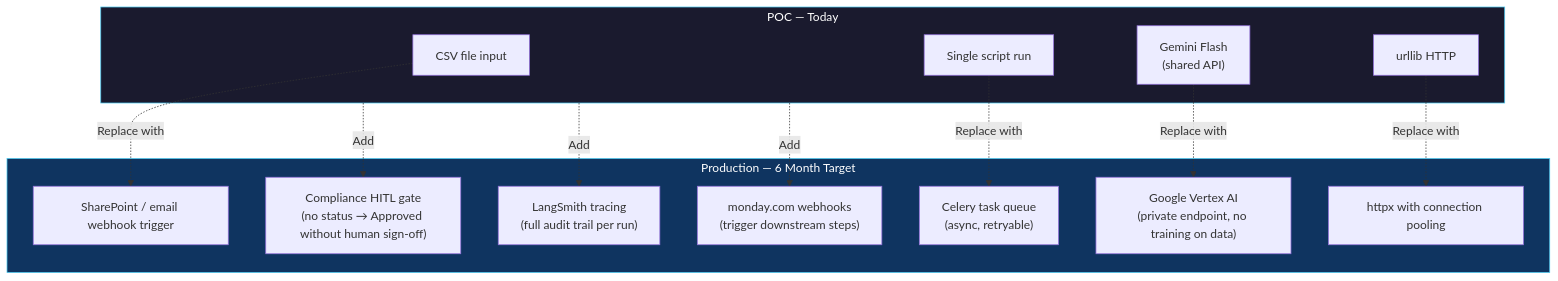
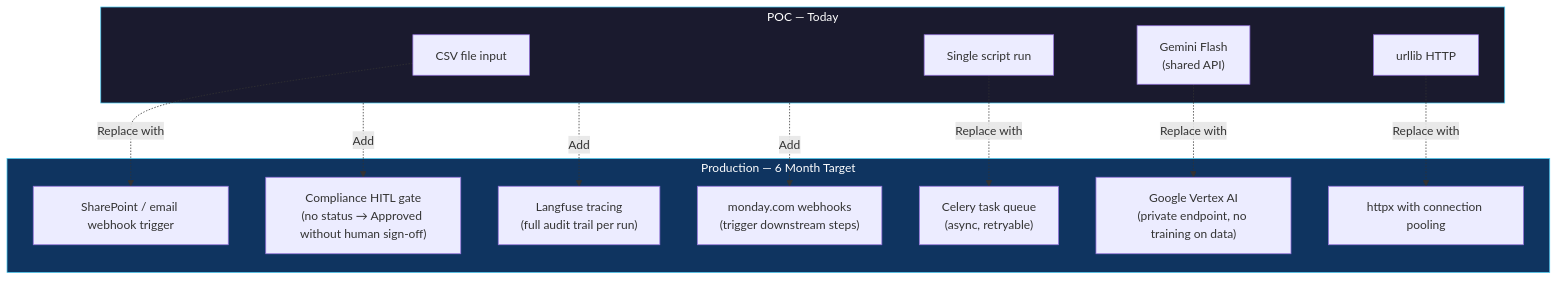
Before and after one commit to harisonw/monday: the sixth of 6 diagrams in walkthrough.md, drawn with Mermaid. The commit also changed other lines of this file and 6 other files, not shown here.

````diff
--- a/walkthrough.md
+++ b/walkthrough.md
@@ -424,30 +424,30 @@
 ```mermaid
 graph TD
     subgraph NOW["POC — Today"]
         A["CSV file input"]
         B["Single script run"]
         C["Gemini Flash<br/>(shared API)"]
         D["urllib HTTP"]
     end
 
     subgraph PROD["Production — 6 Month Target"]
         E["SharePoint / email webhook trigger"]
         F["Celery task queue<br/>(async, retryable)"]
         G["Google Vertex AI<br/>(private endpoint, no training on data)"]
         H["httpx with connection pooling"]
         I["Compliance HITL gate<br/>(no status → Approved without human sign-off)"]
-        J["LangSmith tracing<br/>(full audit trail per run)"]
+        J["Langfuse tracing<br/>(full audit trail per run)"]
         K["monday.com webhooks<br/>(trigger downstream steps)"]
     end
 
     A -.->|"Replace with"| E
     B -.->|"Replace with"| F
     C -.->|"Replace with"| G
     D -.->|"Replace with"| H
     NOW -.->|"Add"| I
     NOW -.->|"Add"| J
     NOW -.->|"Add"| K
 
     style NOW fill:#1a1a2e,stroke:#4cc9f0,color:#fff
     style PROD fill:#0f3460,stroke:#4cc9f0,color:#fff
 ```
````
